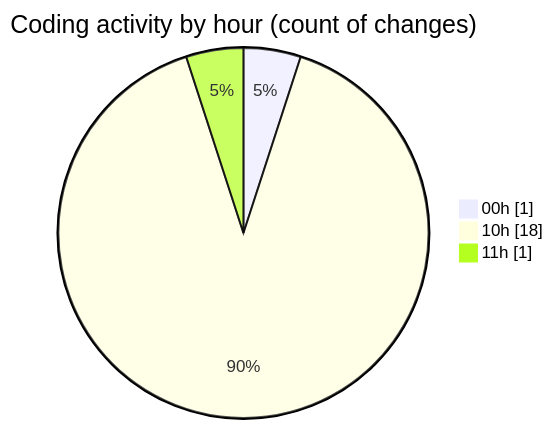
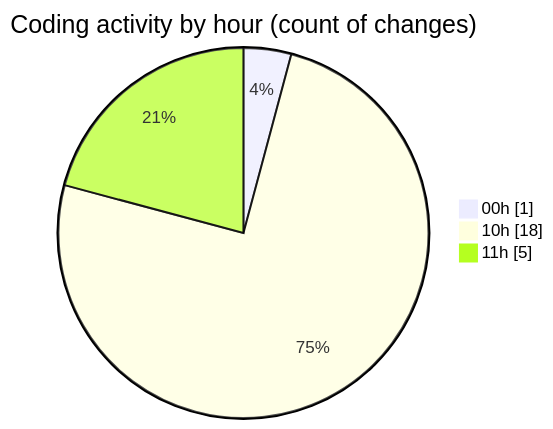
Before and after one commit to Ritupan-Deka/code-tracking: the second of 2 diagrams in 2025-07-08/urlwebwala_intership_work/README.md, drawn with Mermaid. The commit also changed other lines of this file and 1 other file, not shown here.

````diff
--- a/2025-07-08/urlwebwala_intership_work/README.md
+++ b/2025-07-08/urlwebwala_intership_work/README.md
@@ -30,7 +30,7 @@
 ```mermaid
 pie showData
 title Coding activity by hour (count of changes)
 "00h" : 1
 "10h" : 18
-"11h" : 1
+"11h" : 5
 ```
````
